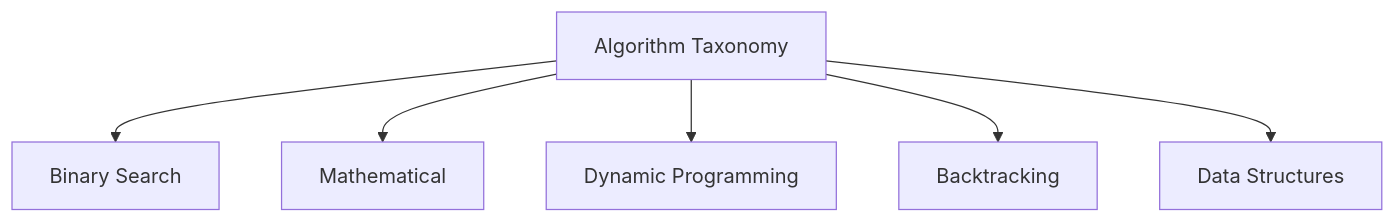
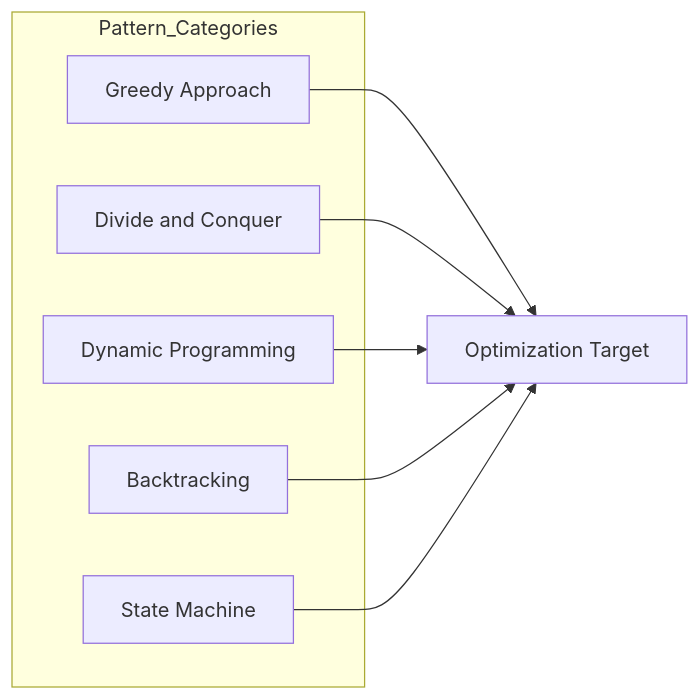
The sixth of 11 diagrams in README.md (myoshi2891/Algorithm-DataStructures-Math-SQL), drawn with Mermaid before and after one commit. The commit also changed other lines of this file, not shown here.

````diff
--- a/README.md
+++ b/README.md
@@ -75,8 +174,16 @@
 ```mermaid
-graph TD
-    A[Algorithm Taxonomy] --> B1[Binary Search]
-    A --> B2[Mathematical]
-    A --> B3[Dynamic Programming]
-    A --> B4[Backtracking]
-    A --> B5[Data Structures]
+graph LR
+    subgraph Pattern_Categories
+        A[Greedy Approach]
+        B[Divide and Conquer]
+        C[Dynamic Programming]
+        D[Backtracking]
+        E[State Machine]
+    end
+    
+    A --> Opt[Optimization Target]
+    B --> Opt
+    C --> Opt
+    D --> Opt
+    E --> Opt
 ```
````
